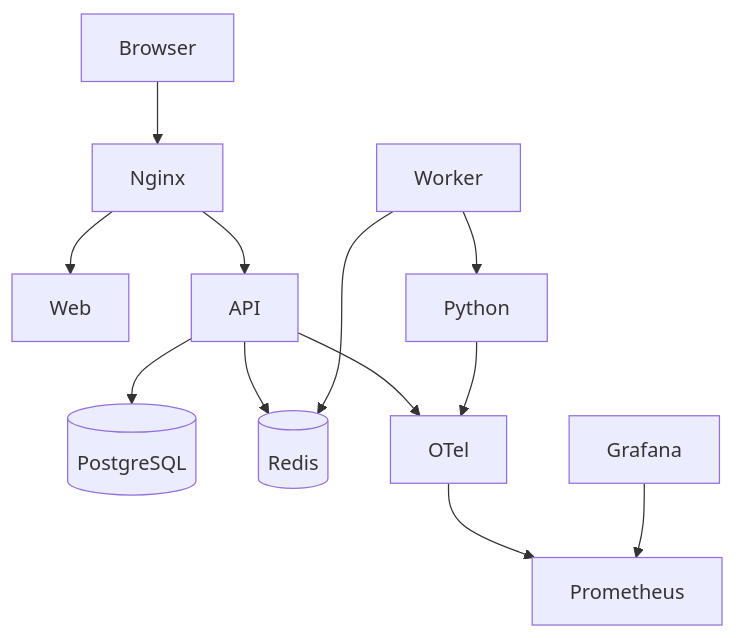
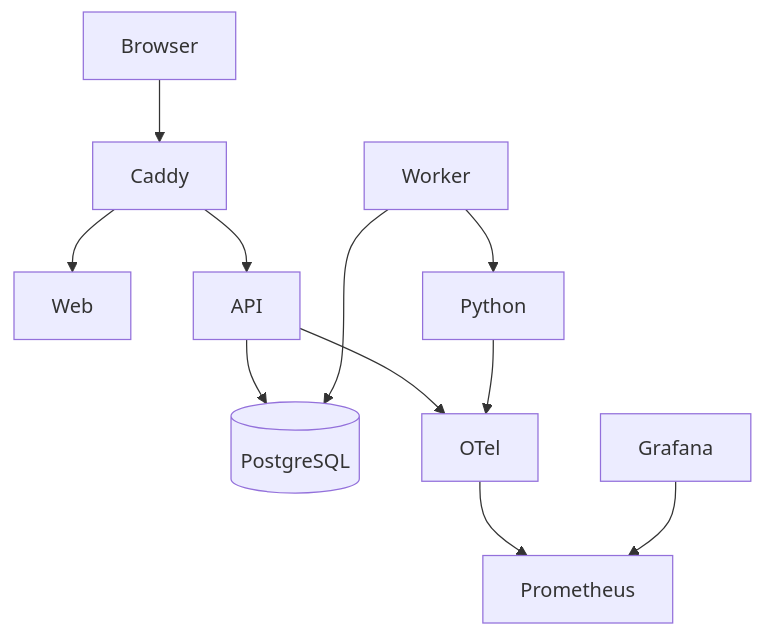
The diagram in docs/02-architecture/deployment-diagram.md (MKyosei2/development-intelligence-platform), drawn with Mermaid before and after one commit. The commit also changed 54 other files, not shown here.

````diff
--- a/docs/02-architecture/deployment-diagram.md
+++ b/docs/02-architecture/deployment-diagram.md
@@ -3,14 +3,13 @@
 ```mermaid
 flowchart TB
- U[Browser] --> N[Nginx]
- N --> W[Web]
- N --> A[API]
+ U[Browser] --> C[Caddy]
+ C --> W[Web]
+ C --> A[API]
  A --> P[(PostgreSQL)]
- A --> R[(Redis)]
- K[Worker] --> R
+ K[Worker] --> P
  K --> PY[Python]
  A --> O[OTel]
  PY --> O
  O --> PR[Prometheus]
  G[Grafana] --> PR
 ```
````
